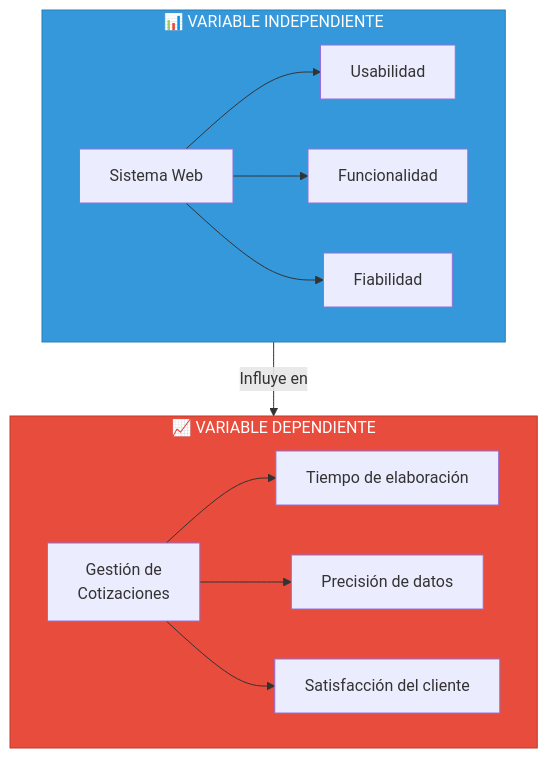
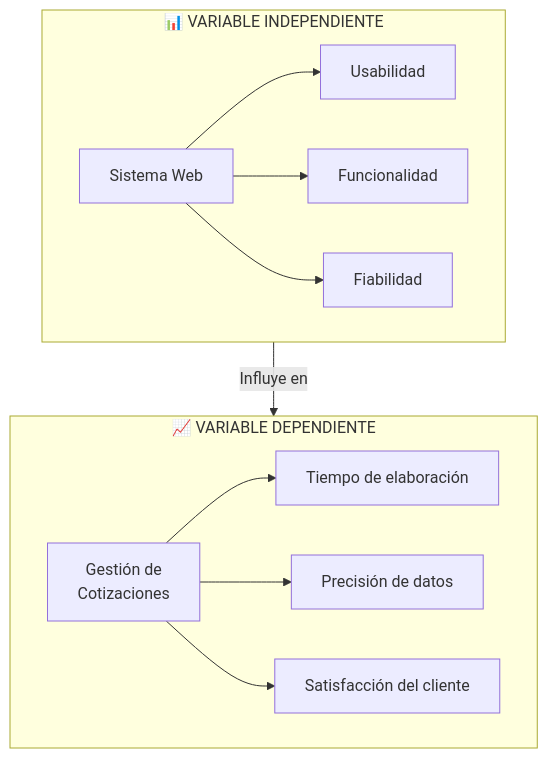
Before and after one commit to decagraff/LCService: the sixth of 6 diagrams in docs/02-planteamiento-problema/README.md, drawn with Mermaid. The commit also changed other lines of this file and 7 other files, not shown here.

````diff
--- a/docs/02-planteamiento-problema/README.md
+++ b/docs/02-planteamiento-problema/README.md
@@ -196,21 +185,19 @@
 ```mermaid
 graph TB
     subgraph vi["📊 VARIABLE INDEPENDIENTE"]
         VI["Sistema Web"]
         VI --> D1["Usabilidad"]
         VI --> D2["Funcionalidad"]
         VI --> D3["Fiabilidad"]
     end
 
     subgraph vd["📈 VARIABLE DEPENDIENTE"]
         VD["Gestión de<br/>Cotizaciones"]
         VD --> D4["Tiempo de elaboración"]
         VD --> D5["Precisión de datos"]
         VD --> D6["Satisfacción del cliente"]
     end
 
     vi -->|"Influye en"| vd
 
-    style vi fill:#3498db,stroke:#2980b9,color:#fff
-    style vd fill:#e74c3c,stroke:#c0392b,color:#fff
 ```
````
